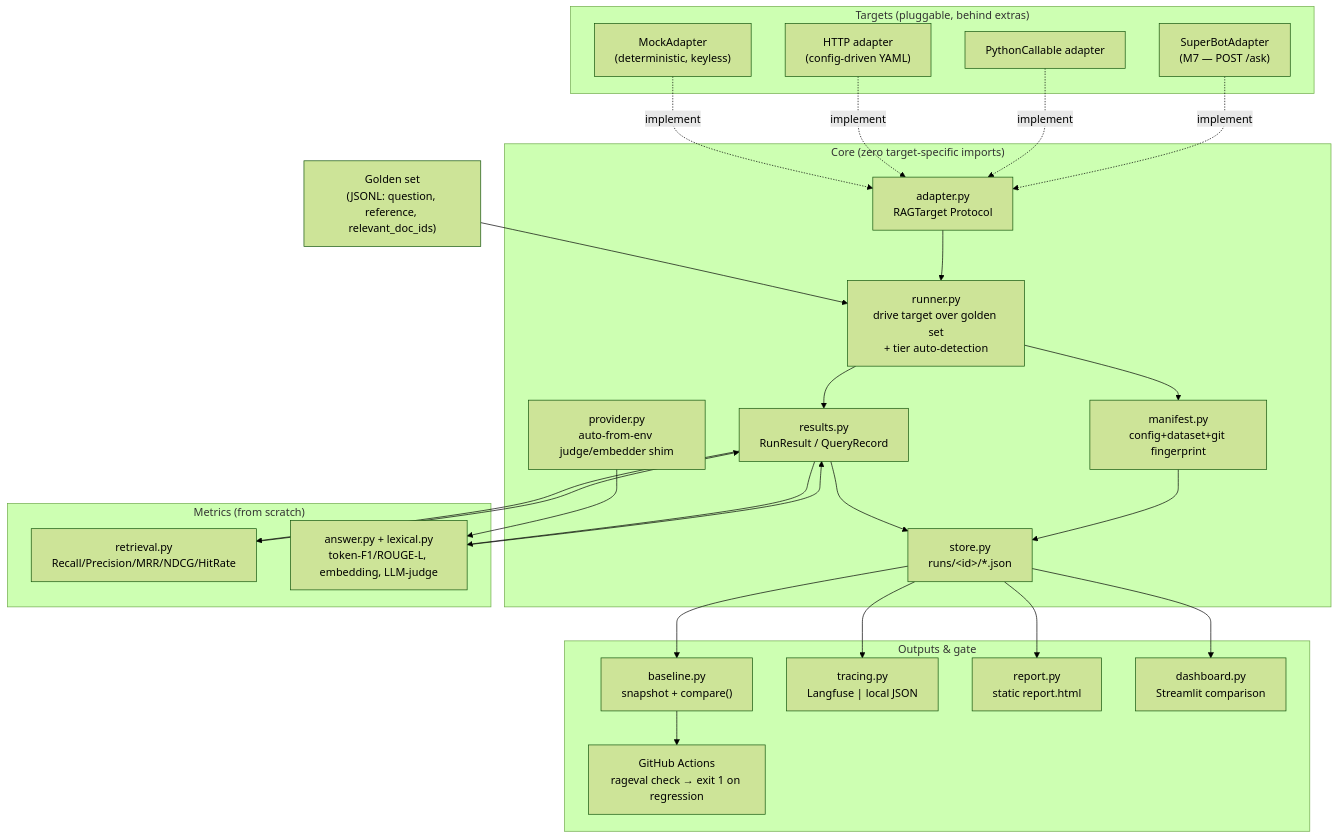
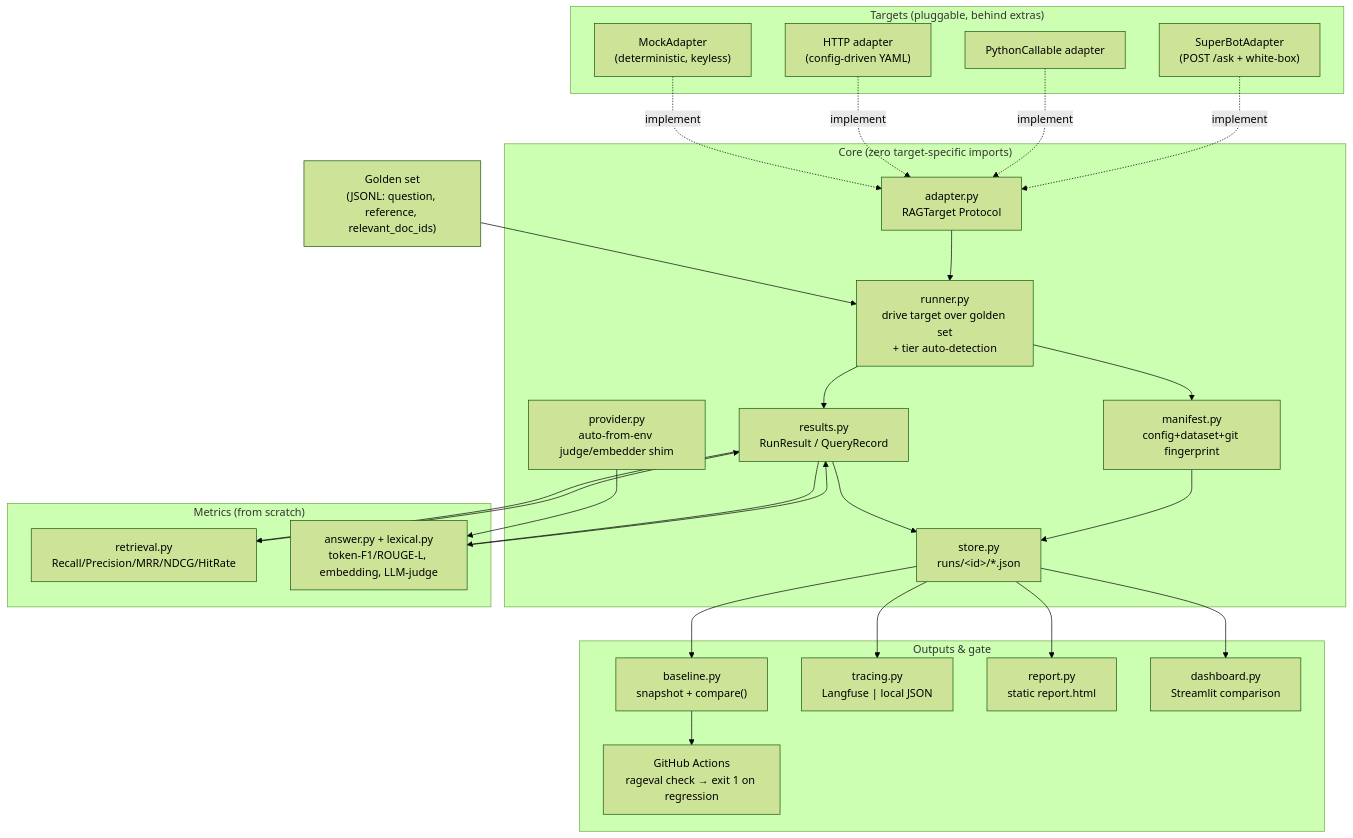
One commit to miteshjadav98/SuperAIBot changed the first of 2 diagrams in rageval/docs/architecture.md. Above: the diagram before and after it, drawn with Mermaid (forest theme). The commit also changed 7 other files, not shown here.

First line of the commit message:
feat(rageval): M7 — SuperBotAdapter (black-box /ask + opt-in white-box retrieval)

````diff
--- a/rageval/docs/architecture.md
+++ b/rageval/docs/architecture.md
@@ -13,49 +13,49 @@
 ```mermaid
 flowchart TD
     subgraph targets["Targets (pluggable, behind extras)"]
         MOCK["MockAdapter<br/>(deterministic, keyless)"]
         HTTP["HTTP adapter<br/>(config-driven YAML)"]
         PY["PythonCallable adapter"]
-        SB["SuperBotAdapter<br/>(M7 — POST /ask)"]
+        SB["SuperBotAdapter<br/>(POST /ask + white-box)"]
     end
 
     GOLDEN["Golden set<br/>(JSONL: question, reference, relevant_doc_ids)"]
 
     subgraph core["Core (zero target-specific imports)"]
         ADAPTER["adapter.py<br/>RAGTarget Protocol"]
         RUNNER["runner.py<br/>drive target over golden set<br/>+ tier auto-detection"]
         RESULTS["results.py<br/>RunResult / QueryRecord"]
         MANIFEST["manifest.py<br/>config+dataset+git fingerprint"]
         STORE["store.py<br/>runs/&lt;id&gt;/*.json"]
         PROVIDER["provider.py<br/>auto-from-env judge/embedder shim"]
     end
 
     subgraph metrics["Metrics (from scratch)"]
         RETRIEVAL["retrieval.py<br/>Recall/Precision/MRR/NDCG/HitRate"]
         ANSWER["answer.py + lexical.py<br/>token-F1/ROUGE-L, embedding, LLM-judge"]
     end
 
     subgraph outputs["Outputs & gate"]
         BASELINE["baseline.py<br/>snapshot + compare()"]
         TRACING["tracing.py<br/>Langfuse | local JSON"]
         REPORT["report.py<br/>static report.html"]
         DASH["dashboard.py<br/>Streamlit comparison"]
         CI["GitHub Actions<br/>rageval check → exit 1 on regression"]
     end
 
     MOCK & HTTP & PY & SB -. implement .-> ADAPTER
     GOLDEN --> RUNNER
     ADAPTER --> RUNNER
     RUNNER --> RESULTS
     RUNNER --> MANIFEST
     RESULTS --> STORE
     MANIFEST --> STORE
     RESULTS --> RETRIEVAL --> RESULTS
     PROVIDER --> ANSWER
     RESULTS --> ANSWER --> RESULTS
     STORE --> BASELINE
     STORE --> TRACING
     STORE --> REPORT
     STORE --> DASH
     BASELINE --> CI
 ```
````
